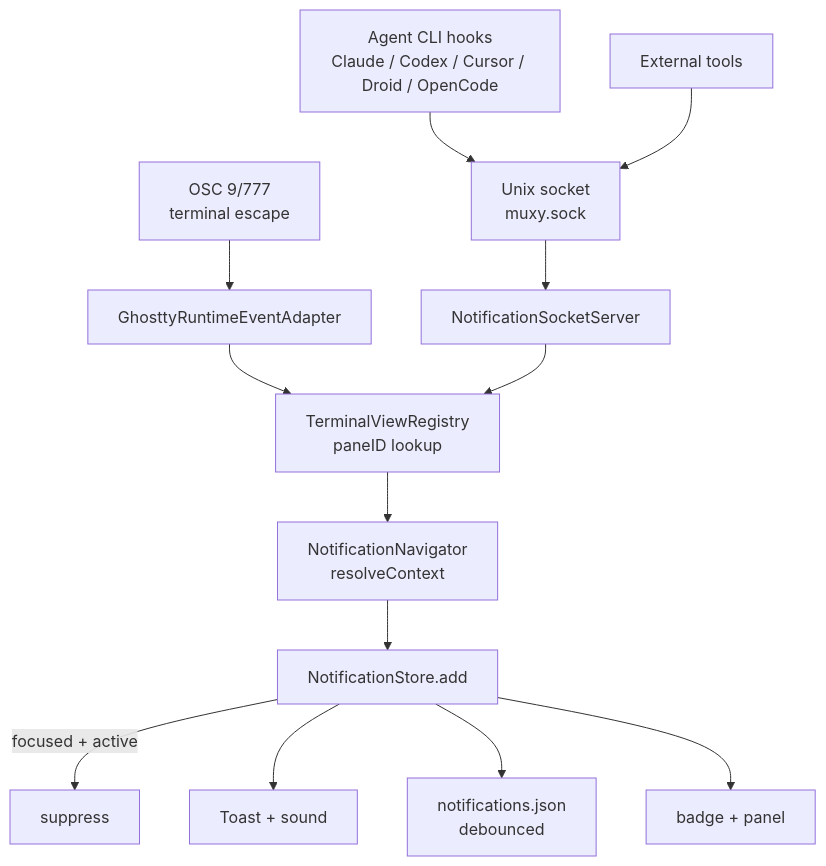
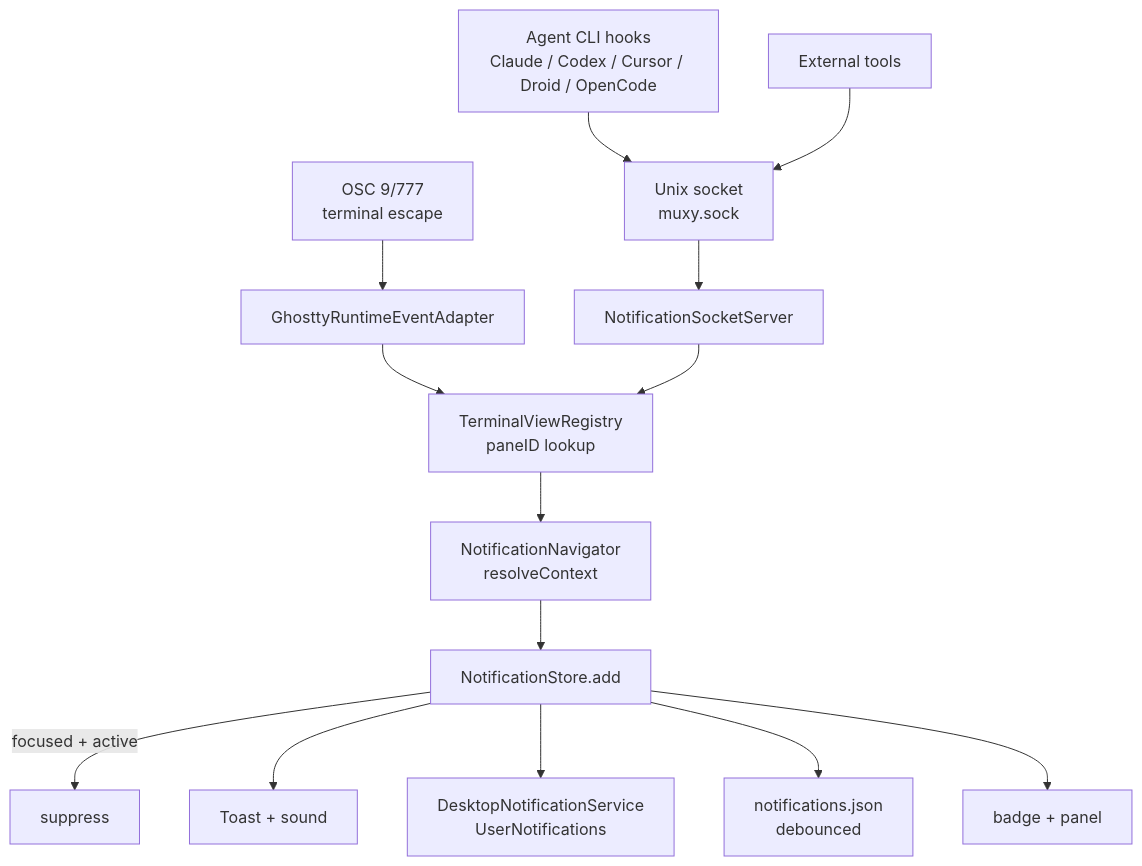
One commit to monotykamary/muxy changed the diagram in docs/architecture/notifications.md. Above: the diagram before and after it, drawn with Mermaid. The commit also changed other lines of this file and 20 other files, not shown here.

First line of the commit message:
Desktop notifications (#430)

````diff
--- a/docs/architecture/notifications.md
+++ b/docs/architecture/notifications.md
@@ -7,15 +7,16 @@
 ```mermaid
 flowchart TB
   OSC[OSC 9/777<br/>terminal escape] --> Adapter[GhosttyRuntimeEventAdapter]
   Claude[Agent CLI hooks<br/>Claude / Codex / Cursor / Droid / OpenCode] --> Sock[Unix socket<br/>muxy.sock]
   External[External tools] --> Sock
   Sock --> Server[NotificationSocketServer]
   Adapter --> Lookup[TerminalViewRegistry<br/>paneID lookup]
   Server --> Lookup
   Lookup --> Nav[NotificationNavigator<br/>resolveContext]
   Nav --> Store[NotificationStore.add]
   Store -->|focused + active| Drop[suppress]
   Store --> Toast[Toast + sound]
+  Store --> Desktop[DesktopNotificationService<br/>UserNotifications]
   Store --> Persist[notifications.json<br/>debounced]
   Store --> UI[badge + panel]
 ```
````
